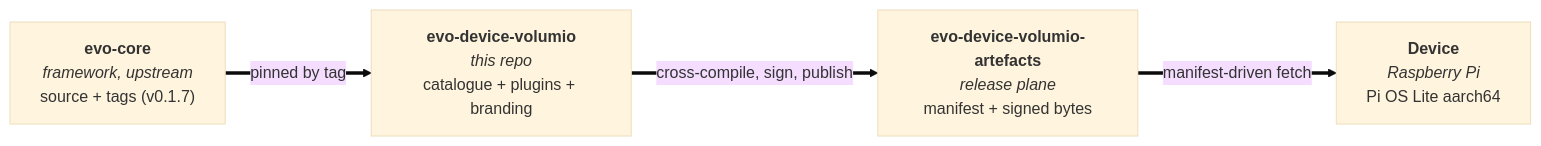
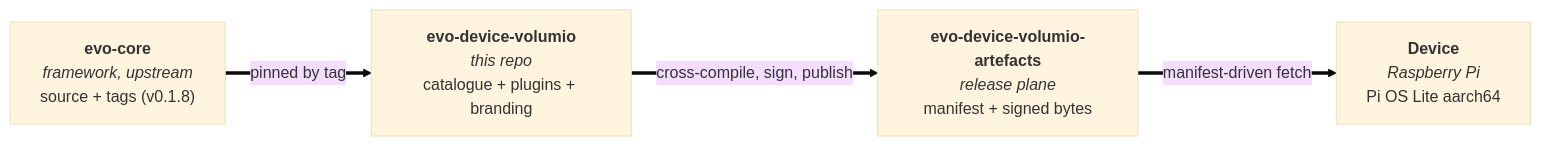
The first of 2 diagrams in README.md (foonerd/evo-device-volumio), drawn with Mermaid (base theme) before and after one commit. The commit also changed other lines of this file and 6 other files, not shown here.

First line of the commit message:
chore(pin): bump evo-core from v0.1.7 to v0.1.8

````diff
--- a/README.md
+++ b/README.md
@@ -11,11 +11,11 @@
 ```mermaid
 flowchart LR
-    core["<b>evo-core</b><br/><i>framework, upstream</i><br/>source + tags (v0.1.7)"]
+    core["<b>evo-core</b><br/><i>framework, upstream</i><br/>source + tags (v0.1.8)"]
     src["<b>evo-device-volumio</b><br/><i>this repo</i><br/>catalogue + plugins + branding"]
     art["<b>evo-device-volumio-artefacts</b><br/><i>release plane</i><br/>manifest + signed bytes"]
     dev["<b>Device</b><br/><i>Raspberry Pi</i><br/>Pi OS Lite aarch64"]
 
     core ==>|pinned by tag| src
     src ==>|cross-compile, sign, publish| art
     art ==>|manifest-driven fetch| dev
 ```
````
